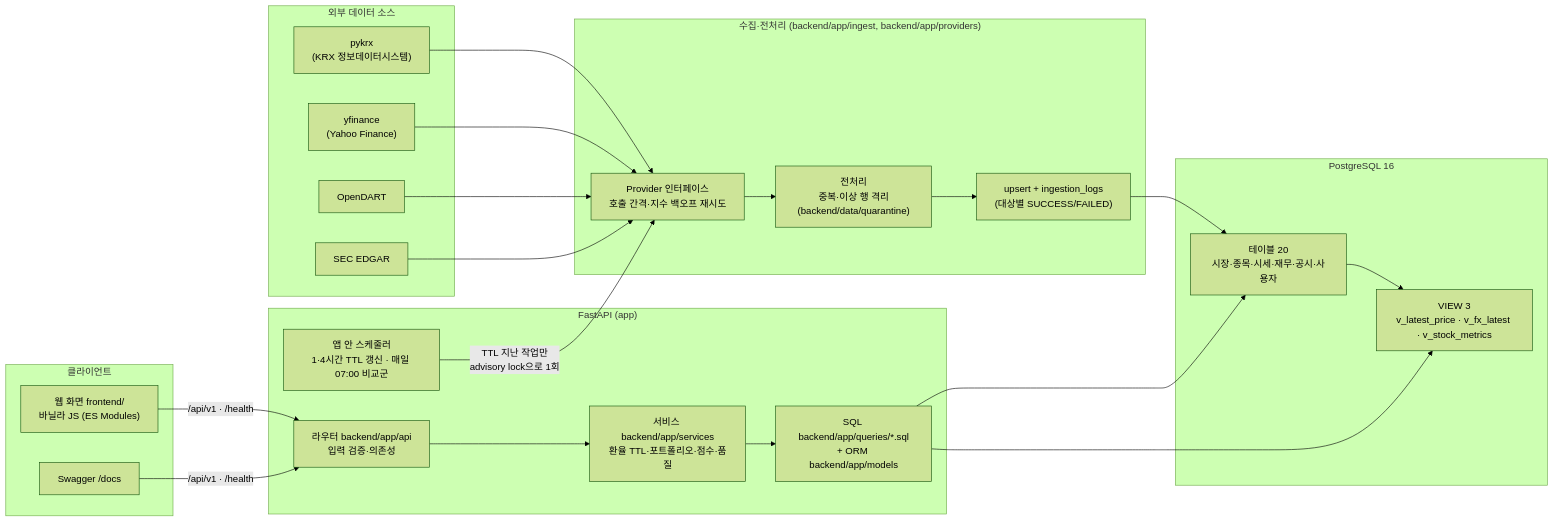
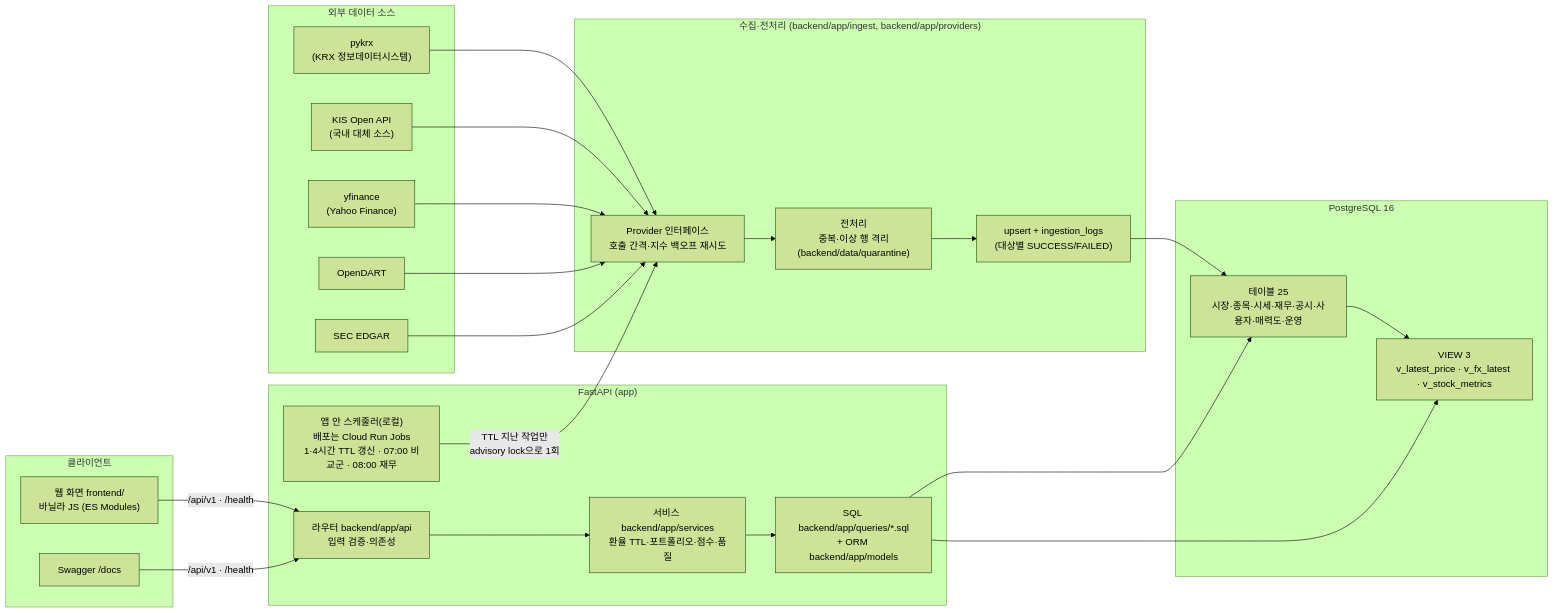
One commit to Hunseokc/ax_class_semiproject changed the first of 4 diagrams in 개발산출물/architecture.md. Above: the diagram before and after it, drawn with Mermaid (forest theme). The commit also changed other lines of this file and 15 other files, not shown here.

````diff
--- a/개발산출물/architecture.md
+++ b/개발산출물/architecture.md
@@ -7,38 +16,39 @@
 ```mermaid
 flowchart LR
   subgraph EXT["외부 데이터 소스"]
     KRX["pykrx<br/>(KRX 정보데이터시스템)"]
+    KIS["KIS Open API<br/>(국내 대체 소스)"]
     YF["yfinance<br/>(Yahoo Finance)"]
     DART["OpenDART"]
     SEC["SEC EDGAR"]
   end
 
   subgraph ING["수집·전처리 (backend/app/ingest, backend/app/providers)"]
     PROV["Provider 인터페이스<br/>호출 간격·지수 백오프 재시도"]
     PRE["전처리<br/>중복·이상 행 격리(backend/data/quarantine)"]
     STORE["upsert + ingestion_logs<br/>(대상별 SUCCESS/FAILED)"]
   end
 
   subgraph DB["PostgreSQL 16"]
-    TBL["테이블 20<br/>시장·종목·시세·재무·공시·사용자"]
+    TBL["테이블 25<br/>시장·종목·시세·재무·공시·사용자·매력도·운영"]
     VIEW["VIEW 3<br/>v_latest_price · v_fx_latest · v_stock_metrics"]
   end
 
   subgraph API["FastAPI (app)"]
     R["라우터 backend/app/api<br/>입력 검증·의존성"]
     SVC["서비스 backend/app/services<br/>환율 TTL·포트폴리오·점수·품질"]
     Q["SQL backend/app/queries/*.sql<br/>+ ORM backend/app/models"]
-    SCH["앱 안 스케줄러<br/>1·4시간 TTL 갱신 · 매일 07:00 비교군"]
+    SCH["앱 안 스케줄러(로컬)<br/>배포는 Cloud Run Jobs<br/>1·4시간 TTL 갱신 · 07:00 비교군 · 08:00 재무"]
   end
 
   subgraph CLIENT["클라이언트"]
     WEB["웹 화면 frontend/<br/>바닐라 JS (ES Modules)"]
     SW["Swagger /docs"]
   end
 
-  KRX & YF & DART & SEC --> PROV --> PRE --> STORE --> TBL
+  KRX & KIS & YF & DART & SEC --> PROV --> PRE --> STORE --> TBL
   TBL --> VIEW
   R --> SVC --> Q --> TBL & VIEW
   SCH -->|"TTL 지난 작업만<br/>advisory lock으로 1회"| PROV
   WEB & SW -->|"/api/v1 · /health"| R
 ```
````
